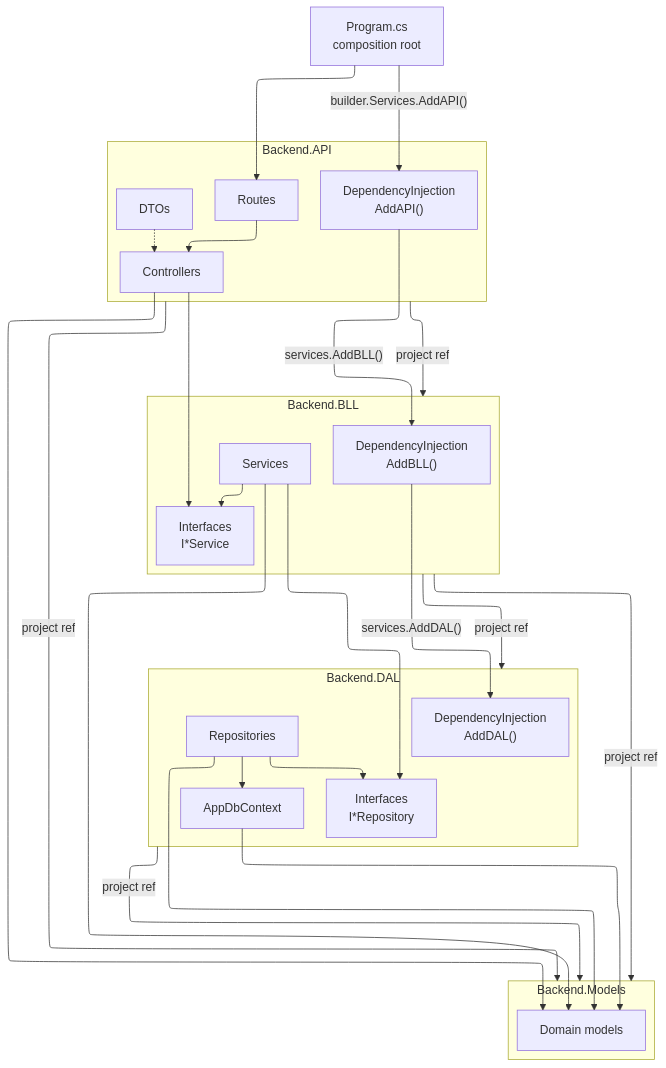
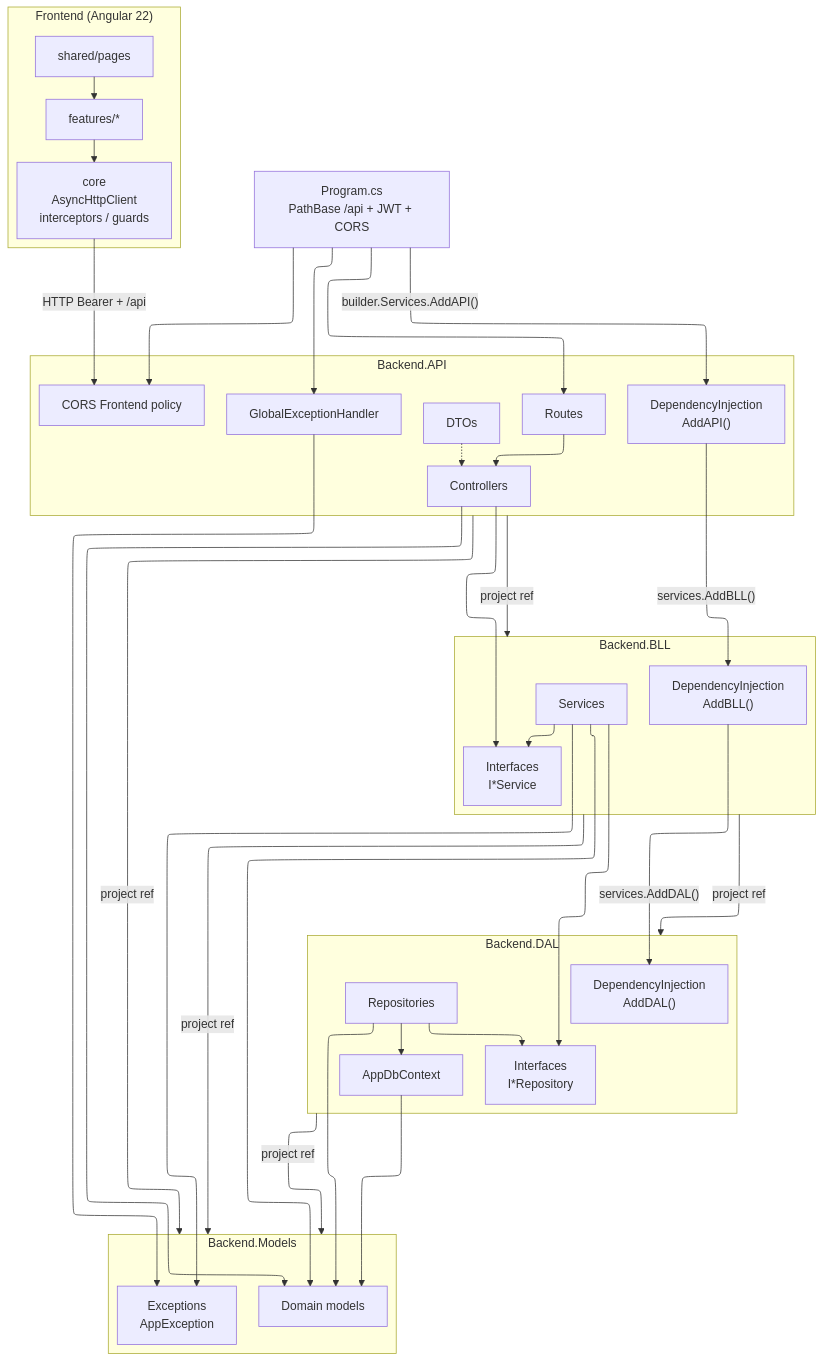
Before and after one commit to floalzaix/AlfredBackend: the diagram in Documentation/Dependencies.md, drawn with Mermaid. The commit also changed 6 other files, not shown here.

````diff
--- a/Documentation/Dependencies.md
+++ b/Documentation/Dependencies.md
@@ -1,58 +1,75 @@
 ```mermaid
 ---
 config:
   theme: default
   look: classic
   layout: elk
 ---
 flowchart TB
+    subgraph Frontend["Frontend (Angular 22)"]
+        Pages["shared/pages"]
+        Features["features/*"]
+        Core["core<br/>AsyncHttpClient<br/>interceptors / guards"]
+    end
+
     subgraph API["Backend.API"]
         Routes["Routes"]
         Controllers["Controllers"]
         DTOs["DTOs"]
+        Cors["CORS Frontend policy"]
         ApiDI["DependencyInjection<br/>AddAPI()"]
+        Handler["GlobalExceptionHandler"]
     end
 
     subgraph BLL["Backend.BLL"]
         ServiceInterfaces["Interfaces<br/>I*Service"]
         Services["Services"]
         BllDI["DependencyInjection<br/>AddBLL()"]
     end
 
     subgraph DAL["Backend.DAL"]
         RepoInterfaces["Interfaces<br/>I*Repository"]
         Repositories["Repositories"]
         DbContext["AppDbContext"]
         DalDI["DependencyInjection<br/>AddDAL()"]
     end
 
     subgraph Models["Backend.Models"]
         DomainModels["Domain models"]
+        Exceptions["Exceptions<br/>AppException"]
     end
 
-    Program["Program.cs<br/>composition root"]
+    Program["Program.cs<br/>PathBase /api + JWT + CORS"]
+
+    Pages --> Features
+    Features --> Core
+    Core -->|"HTTP Bearer + /api"| Cors
 
     Program -->|"builder.Services.AddAPI()"| ApiDI
     ApiDI -->|"services.AddBLL()"| BllDI
     BllDI -->|"services.AddDAL()"| DalDI
     Program --> Routes
+    Program --> Cors
+    Program --> Handler
 
     Routes --> Controllers
     Controllers --> ServiceInterfaces
     Services --> ServiceInterfaces
     Services --> RepoInterfaces
+    Services --> Exceptions
     Repositories --> RepoInterfaces
     Repositories --> DbContext
+    Handler --> Exceptions
 
     Controllers --> DomainModels
     Services --> DomainModels
     Repositories --> DomainModels
     DbContext --> DomainModels
     DTOs -.-> Controllers
 
     API -->|"project ref"| BLL
     API -->|"project ref"| Models
     BLL -->|"project ref"| DAL
     BLL -->|"project ref"| Models
     DAL -->|"project ref"| Models
 ```
````
